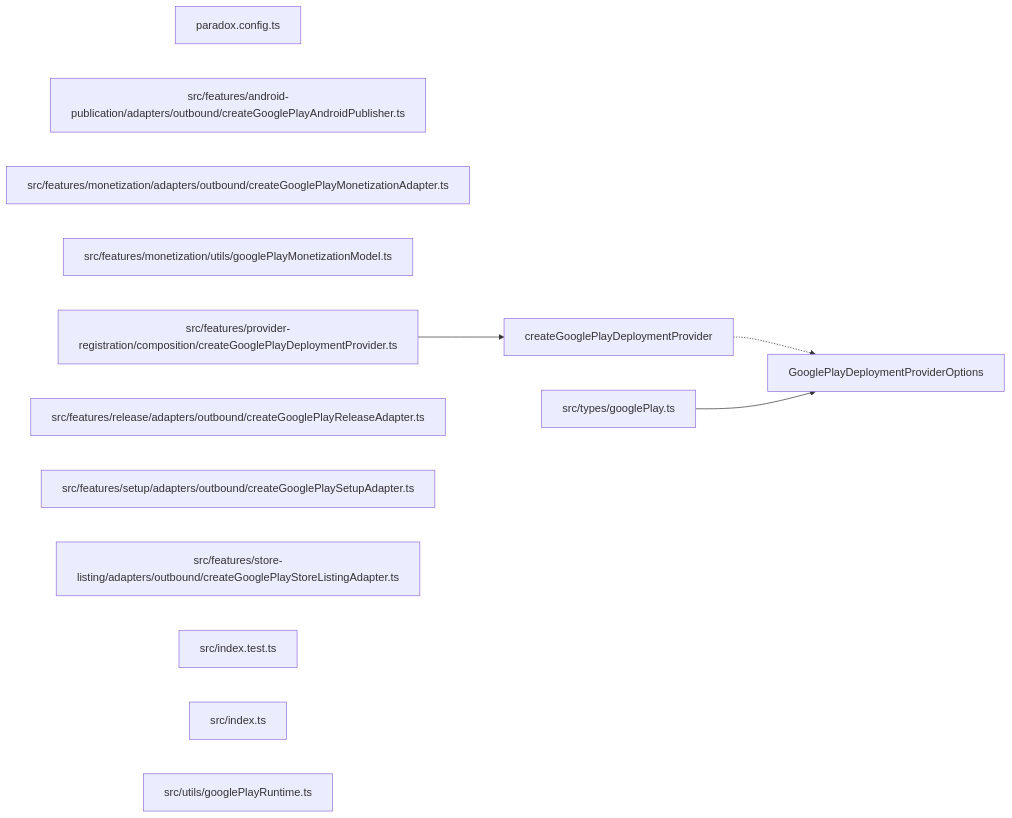
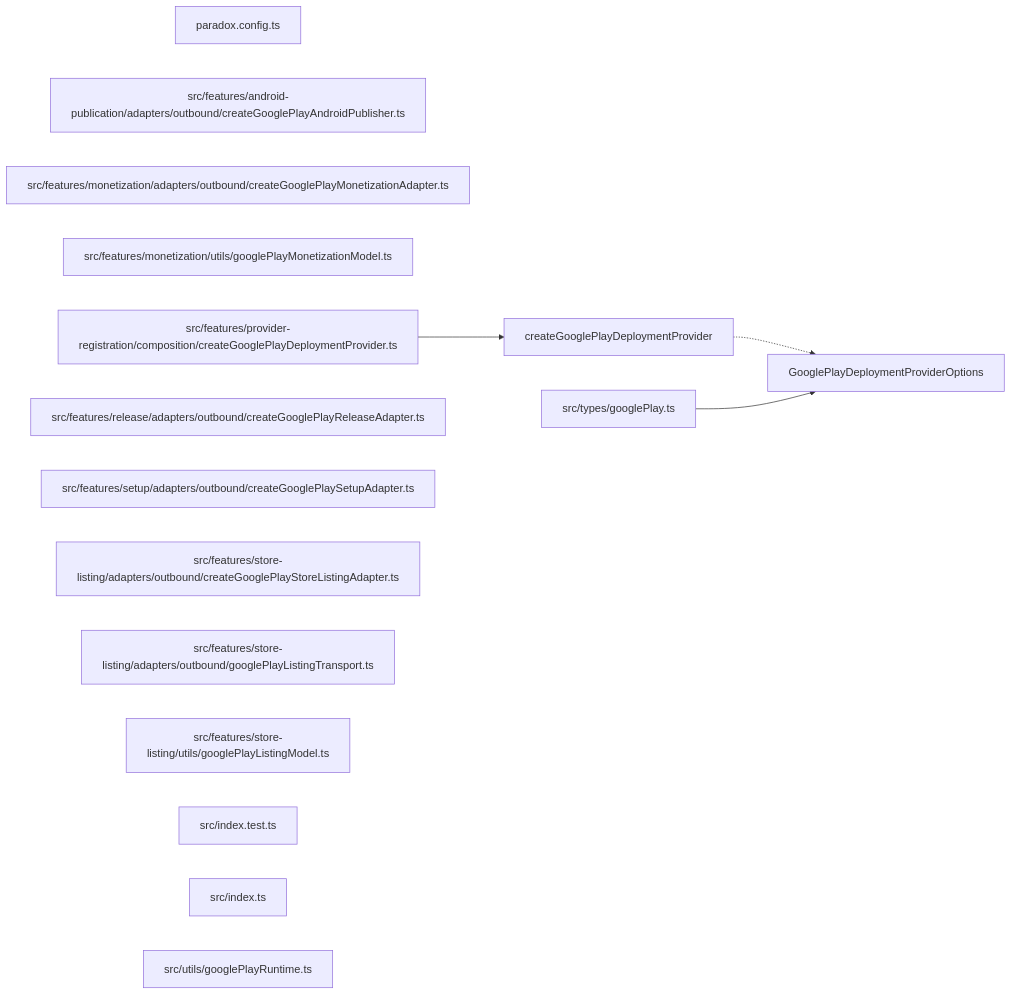
The diagram in paradox/diagrams/export-graph.mmd (ankhorage/deploy-provider-google-play), drawn with Mermaid before and after one commit. The commit also changed 6 other files, not shown here.

Commit message:
chore: prepare Google Play provider [prepared]

```diff
--- a/paradox/diagrams/export-graph.mmd
+++ b/paradox/diagrams/export-graph.mmd
@@ -1,18 +1,20 @@
 graph LR
   module_paradox_config_ts["paradox.config.ts"]
   module_src_features_android_publication_adapters_outbound_createGooglePlayAndroidPublisher_ts["src/features/android-publication/adapters/outbound/createGooglePlayAndroidPublisher.ts"]
   module_src_features_monetization_adapters_outbound_createGooglePlayMonetizationAdapter_ts["src/features/monetization/adapters/outbound/createGooglePlayMonetizationAdapter.ts"]
   module_src_features_monetization_utils_googlePlayMonetizationModel_ts["src/features/monetization/utils/googlePlayMonetizationModel.ts"]
   module_src_features_provider_registration_composition_createGooglePlayDeploymentProvider_ts["src/features/provider-registration/composition/createGooglePlayDeploymentProvider.ts"]
   module_src_features_release_adapters_outbound_createGooglePlayReleaseAdapter_ts["src/features/release/adapters/outbound/createGooglePlayReleaseAdapter.ts"]
   module_src_features_setup_adapters_outbound_createGooglePlaySetupAdapter_ts["src/features/setup/adapters/outbound/createGooglePlaySetupAdapter.ts"]
   module_src_features_store_listing_adapters_outbound_createGooglePlayStoreListingAdapter_ts["src/features/store-listing/adapters/outbound/createGooglePlayStoreListingAdapter.ts"]
+  module_src_features_store_listing_adapters_outbound_googlePlayListingTransport_ts["src/features/store-listing/adapters/outbound/googlePlayListingTransport.ts"]
+  module_src_features_store_listing_utils_googlePlayListingModel_ts["src/features/store-listing/utils/googlePlayListingModel.ts"]
   module_src_index_test_ts["src/index.test.ts"]
   module_src_index_ts["src/index.ts"]
   module_src_types_googlePlay_ts["src/types/googlePlay.ts"]
   module_src_utils_googlePlayRuntime_ts["src/utils/googlePlayRuntime.ts"]
   export_createGooglePlayDeploymentProvider["createGooglePlayDeploymentProvider"]
   module_src_features_provider_registration_composition_createGooglePlayDeploymentProvider_ts --> export_createGooglePlayDeploymentProvider
   export_createGooglePlayDeploymentProvider -.-> export_GooglePlayDeploymentProviderOptions
   export_GooglePlayDeploymentProviderOptions["GooglePlayDeploymentProviderOptions"]
   module_src_types_googlePlay_ts --> export_GooglePlayDeploymentProviderOptions
```
